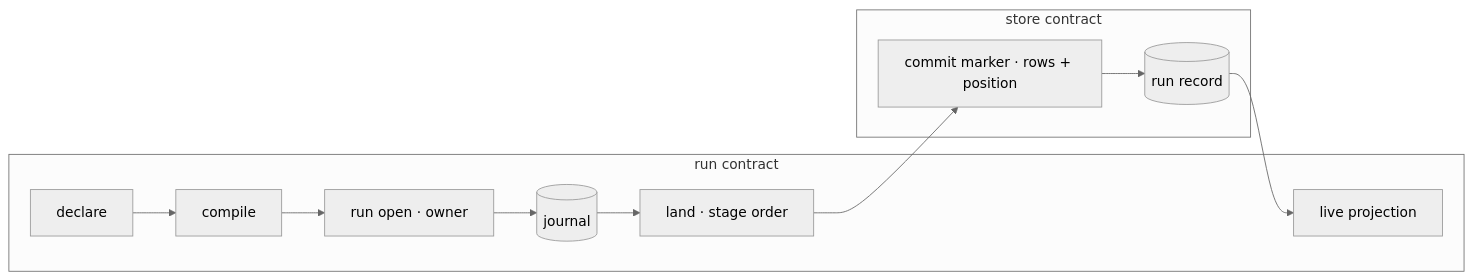
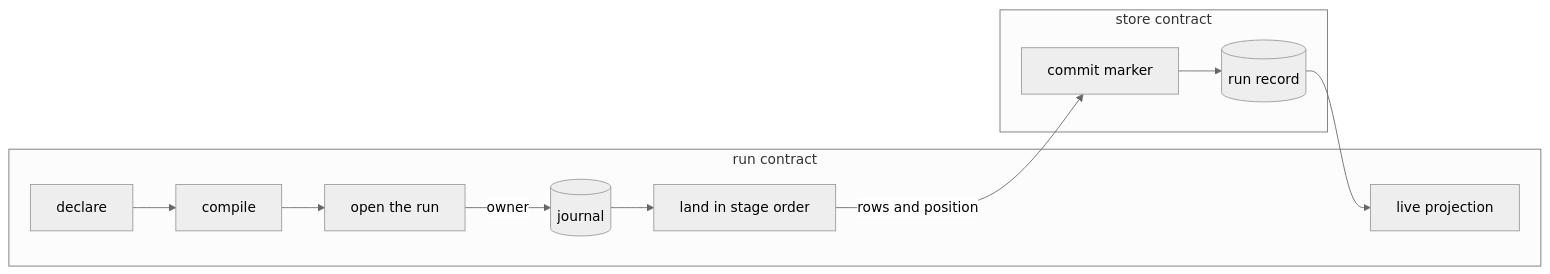
One commit to fractalboxdev/contextful changed the diagram in spec/guide/run.md. Above: the diagram before and after it, drawn with Mermaid (neutral theme). The commit also changed 24 other files, not shown here.

First line of the commit message:
spec: every flowchart draws one entity or process per node

````diff
--- a/spec/guide/run.md
+++ b/spec/guide/run.md
@@ -18,17 +18,17 @@
 ```mermaid
 flowchart LR
   subgraph RUNC["run contract"]
     D["declare"] --> C["compile"]
-    C --> O["run open · owner"]
-    O --> J[("journal")]
-    J --> L["land · stage order"]
+    C --> O["open the run"]
+    O -->|"owner"| J[("journal")]
+    J --> L["land in stage order"]
     P["live projection"]
   end
   subgraph STORE["store contract"]
-    M["commit marker · rows + position"]
+    M["commit marker"]
     R[("run record")]
   end
-  L --> M
+  L -->|"rows and position"| M
   M --> R
   R --> P
 ```
````
